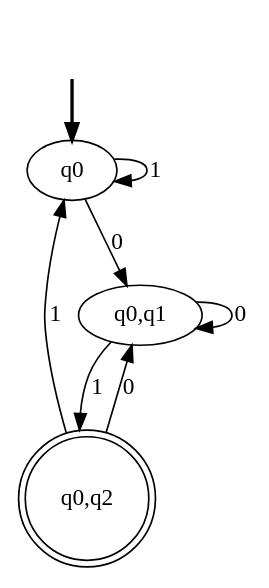
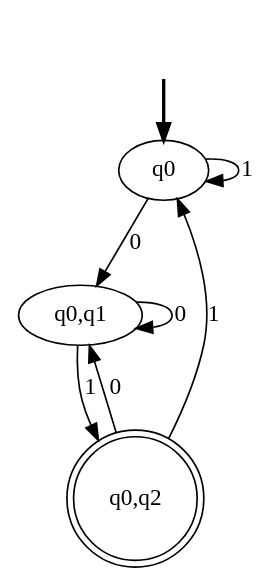
The diagram in dfa_Part2.dot (ypandya614929/COMP-5361-Assignment-3), drawn with Graphviz before and after one commit. The commit also changed other lines of this file and 6 other files, not shown here.

```diff
--- a/dfa_Part2.dot
+++ b/dfa_Part2.dot
@@ -1,13 +1,13 @@
 digraph {
 	fake [style=invisible]
-	"q0,q2" [shape=doublecircle]
 	q0 [root=true]
 	"q0,q1"
+	"q0,q2" [shape=doublecircle]
 	fake -> q0 [style=bold]
 	q0 -> "q0,q1" [label=0]
 	q0 -> q0 [label=1]
 	"q0,q1" -> "q0,q1" [label=0]
 	"q0,q1" -> "q0,q2" [label=1]
 	"q0,q2" -> "q0,q1" [label=0]
 	"q0,q2" -> q0 [label=1]
 }
```
